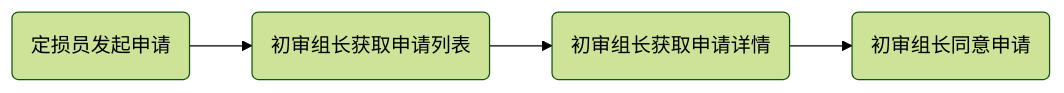
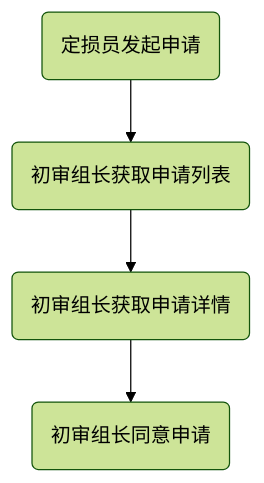
One commit to tonyxia2016/approval-system changed the first of 2 diagrams in price-approval-flow-design.md. Above: the diagram before and after it, drawn with Mermaid (forest theme). The commit also changed other lines of this file and 111 other files, not shown here.

````diff
--- a/price-approval-flow-design.md
+++ b/price-approval-flow-design.md
@@ -136,4 +79,4 @@
 ```mermaid
-graph LR
+graph TD
 A(定损员发起申请) --> B(初审组长获取申请列表) --> C(初审组长获取申请详情) --> D(初审组长同意申请)
 ```
````
